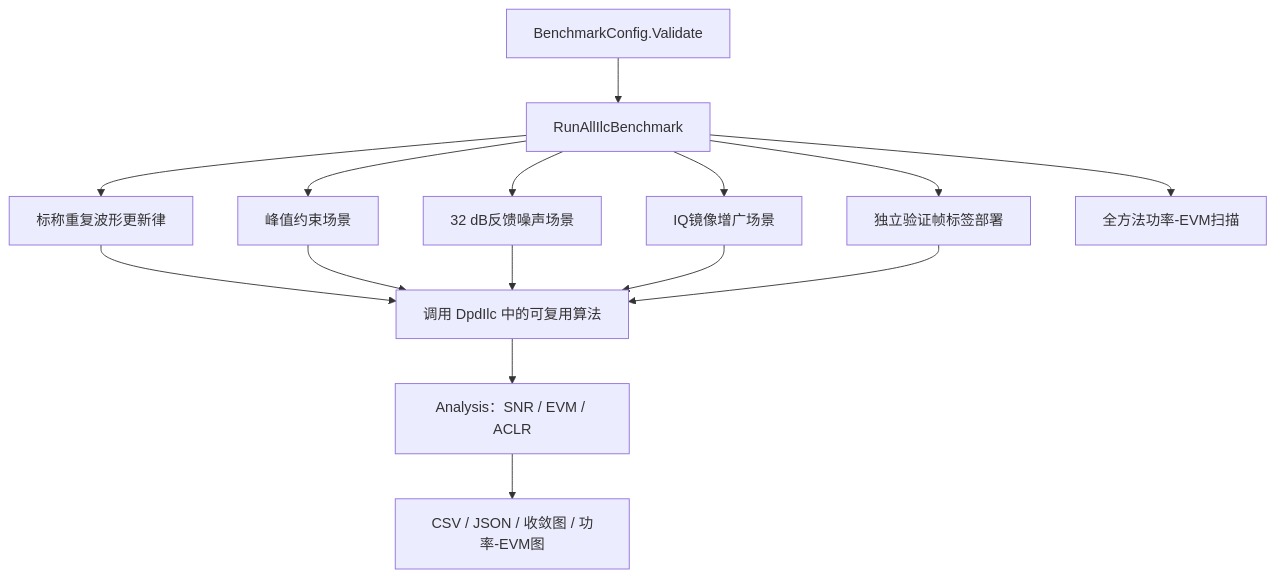
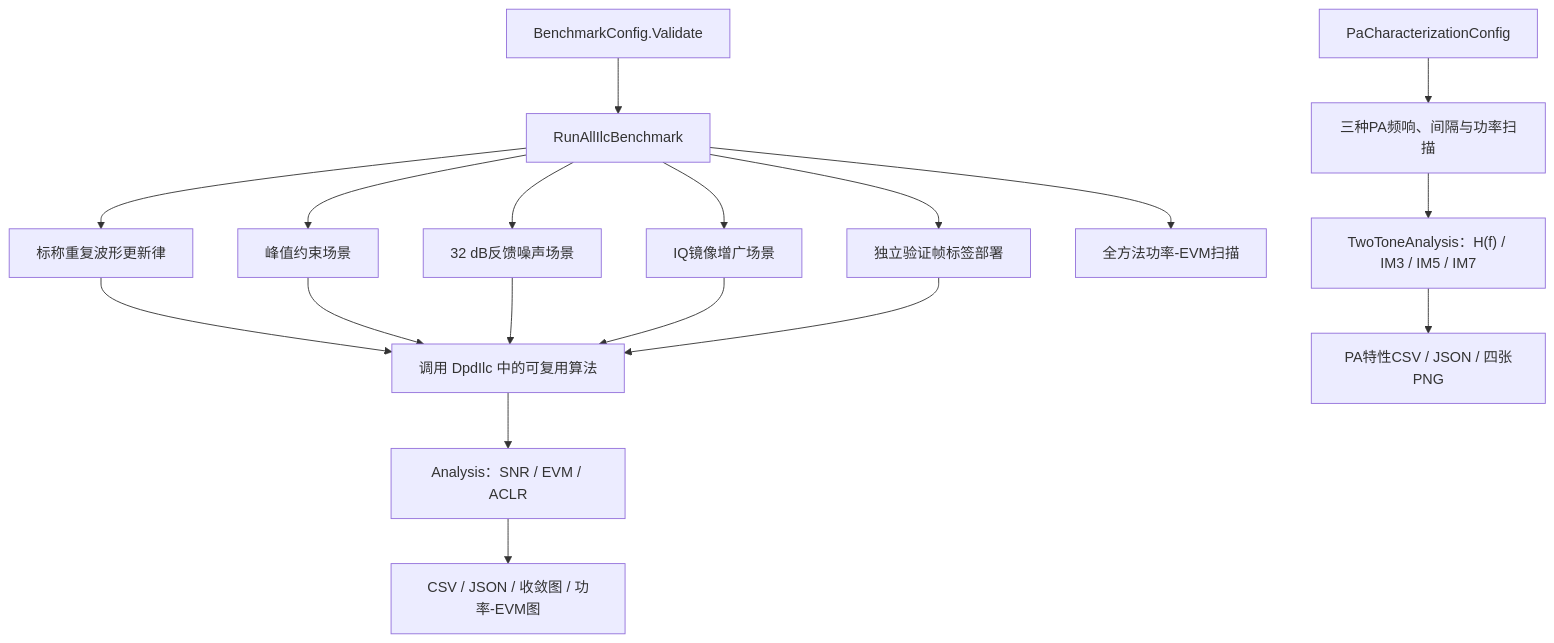
Before and after one commit to niyilu45/DPD_ILC: diagram 14 of 18 in README.md, drawn with Mermaid. The commit also changed other lines of this file and 15 other files, not shown here.

Commit message:
Add PA two-tone characterization benchmarks

````diff
--- a/README.md
+++ b/README.md
@@ -644,17 +646,20 @@
 ```mermaid
 flowchart TD
     config["BenchmarkConfig.Validate"] --> benchmark["RunAllIlcBenchmark"]
     benchmark --> nominal["标称重复波形更新律"]
     benchmark --> constrained["峰值约束场景"]
     benchmark --> noisy["32 dB反馈噪声场景"]
     benchmark --> iq["IQ镜像增广场景"]
     benchmark --> heldout["独立验证帧标签部署"]
     benchmark --> power["全方法功率-EVM扫描"]
+    paCharacterization["PaCharacterizationConfig"] --> paSweep["三种PA频响、间隔与功率扫描"]
     nominal --> algorithms["调用 DpdIlc 中的可复用算法"]
     constrained --> algorithms
     noisy --> algorithms
     iq --> algorithms
     heldout --> algorithms
     algorithms --> analysis["Analysis：SNR / EVM / ACLR"]
     analysis --> report["CSV / JSON / 收敛图 / 功率-EVM图"]
+    paSweep --> toneAnalysis["TwoToneAnalysis：H(f) / IM3 / IM5 / IM7"]
+    toneAnalysis --> paReport["PA特性CSV / JSON / 四张PNG"]
 ```
````
